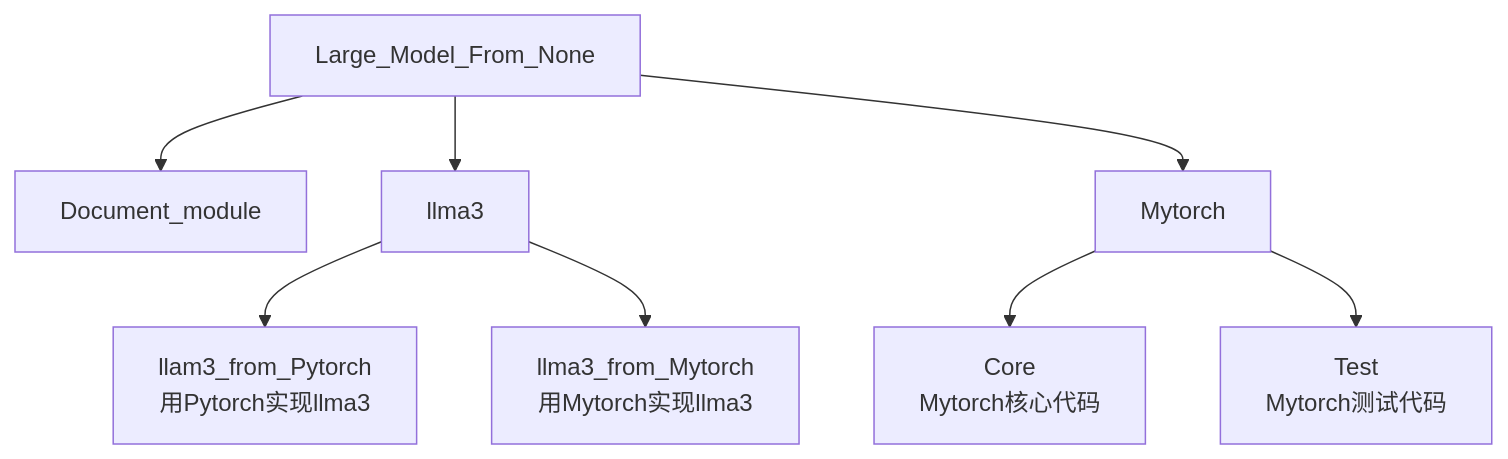
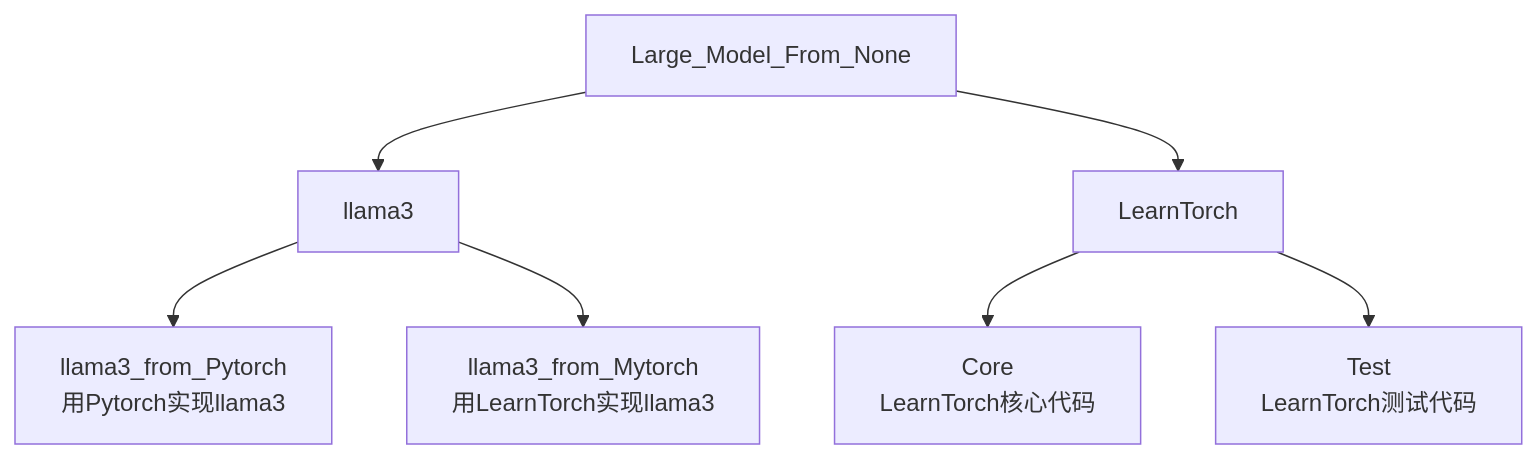
One commit to ZeweiLi999/Large_Model_From_None changed the diagram in README.md. Above: the diagram before and after it, drawn with Mermaid. The commit also changed other lines of this file, not shown here.

````diff
--- a/README.md
+++ b/README.md
@@ -22,12 +22,11 @@
 ```mermaid
 graph TD
-    Large_Model_From_None --> Document_module
-    Large_Model_From_None --> llma3
-    Large_Model_From_None --> Mytorch
+    Large_Model_From_None --> llama3
+    Large_Model_From_None --> LearnTorch
 
-    llma3 --> llam3_from_Pytorch["llam3_from_Pytorch<br>用Pytorch实现llma3"]
-    llma3 --> llam3_from_Mytorch["llma3_from_Mytorch<br>用Mytorch实现llma3"]
+    llama3 --> llama3_from_Pytorch["llama3_from_Pytorch<br>用Pytorch实现llama3"]
+    llama3 --> llama3_from_LearnTorch["llama3_from_Mytorch<br>用LearnTorch实现llama3"]
 
-    Mytorch --> Core["Core<br>Mytorch核心代码"]
-    Mytorch --> Test["Test<br>Mytorch测试代码"]
+    LearnTorch --> Core["Core<br>LearnTorch核心代码"]
+    LearnTorch --> Test["Test<br>LearnTorch测试代码"]
 ```
````
